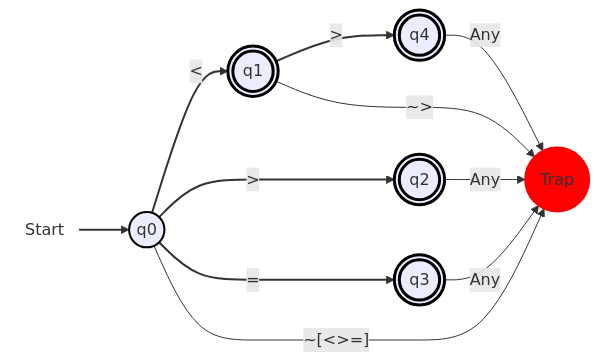
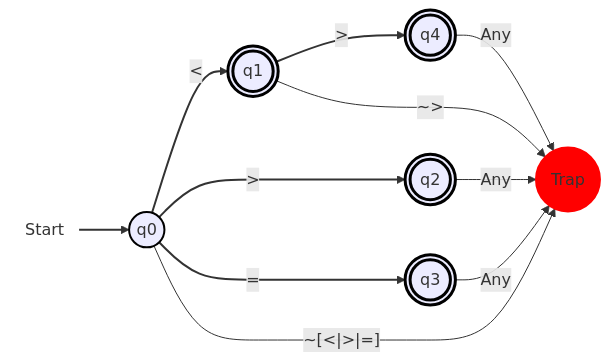
The eighth of 9 diagrams in docs/DFA.md (CS-Tiny-Compiler/a-tiny-compiler), drawn with Mermaid before and after one commit. The commit also changed other lines of this file and 1 other file, not shown here.

````diff
--- a/docs/DFA.md
+++ b/docs/DFA.md
@@ -266,22 +270,22 @@
 ```mermaid
 flowchart LR
   start(((Start))):::startNode --> q0(("q0")):::normal
   q0 --> |#60;| q1((("q1"))):::finalState
   q0 --> |#62;| q2((("q2"))):::finalState
   q0 --> |#61;| q3((("q3"))):::finalState
   q1 --> |#62;| q4((("q4"))):::finalState
-  q0 --> |"~[#60;#62;#61;]"| trap((("Trap"))):::trap
+  q0 --> |"~[#60;|#62;|#61;]"| trap((("Trap"))):::trap
   q1 --> |"~#62;"| trap((("Trap"))):::trap
   q2 --> |"Any"| trap((("Trap"))):::trap
   q3 --> |"Any"| trap((("Trap"))):::trap
   q4 --> |"Any"| trap((("Trap"))):::trap
 
 
   classDef startNode fill:none,stroke:none;
   classDef normal stroke:#000,stroke-width:2px;
   classDef finalState stroke:#000,stroke-width:3px;
   classDef trap fill:#f00,stroke:#f00,stroke-width:2px;
 
   linkStyle 0 stroke-width:2px;
   linkStyle 1,2,3,4 stroke:#333,stroke-width:2px,fill:none;
 ```
````
